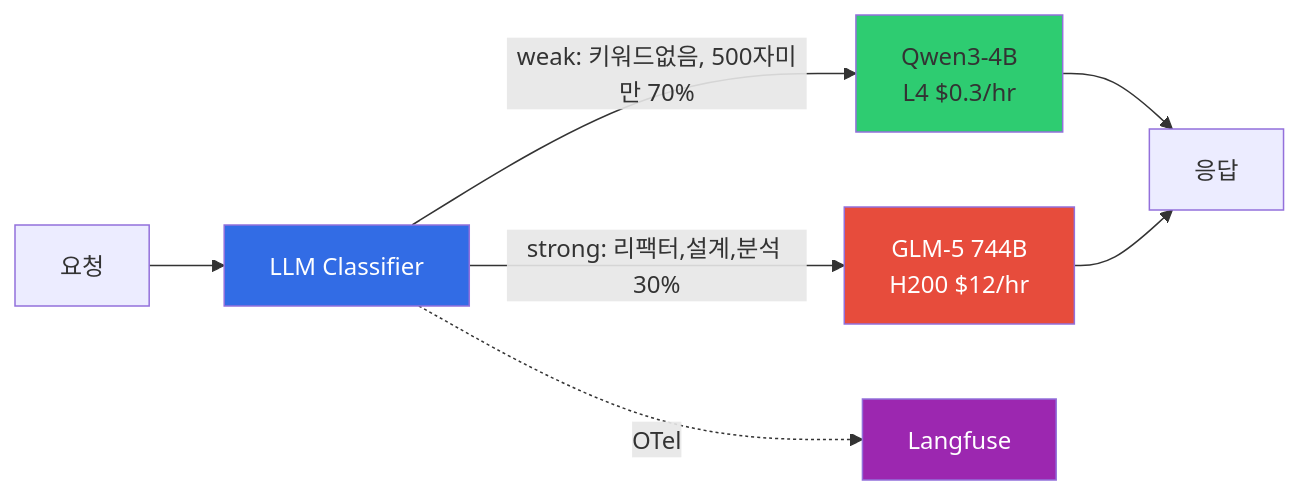
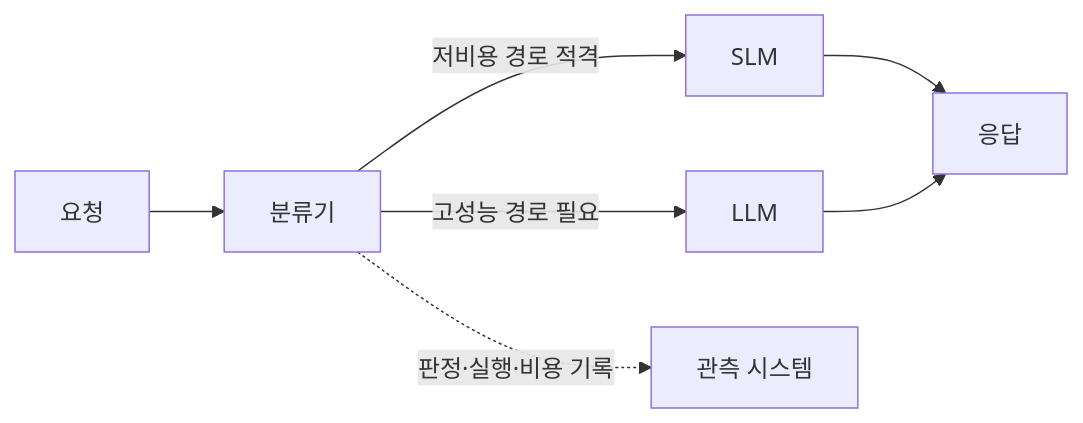
Before and after one commit to devfloor9/engineering-playbook: the second of 3 diagrams in docs/agentic-ai-platform/reference-architecture/integrations/coding-tools-cost-analysis.md, drawn with Mermaid. The commit also changed other lines of this file and 4 other files, not shown here.

````diff
--- a/docs/agentic-ai-platform/reference-architecture/integrations/coding-tools-cost-analysis.md
+++ b/docs/agentic-ai-platform/reference-architecture/integrations/coding-tools-cost-analysis.md
@@ -278,14 +260,9 @@
 ```mermaid
 graph LR
-    Req[요청] --> CLS[LLM Classifier]
-    CLS -->|weak: 키워드없음, 500자미만 70%| SLM[Qwen3-4B<br/>L4 $0.3/hr]
-    CLS -->|strong: 리팩터,설계,분석 30%| LLM[GLM-5 744B<br/>H200 $12/hr]
+    Req[요청] --> CLS[분류기]
+    CLS -->|저비용 경로 적격| SLM[SLM]
+    CLS -->|고성능 경로 필요| LLM[LLM]
     SLM --> Resp[응답]
     LLM --> Resp
-    CLS -.->|OTel| LF[Langfuse]
-    
-    style CLS fill:#326ce5,color:#fff
-    style SLM fill:#2ecc71
-    style LLM fill:#e74c3c,color:#fff
-    style LF fill:#9c27b0,color:#fff
+    CLS -.->|판정·실행·비용 기록| LF[관측 시스템]
 ```
````
